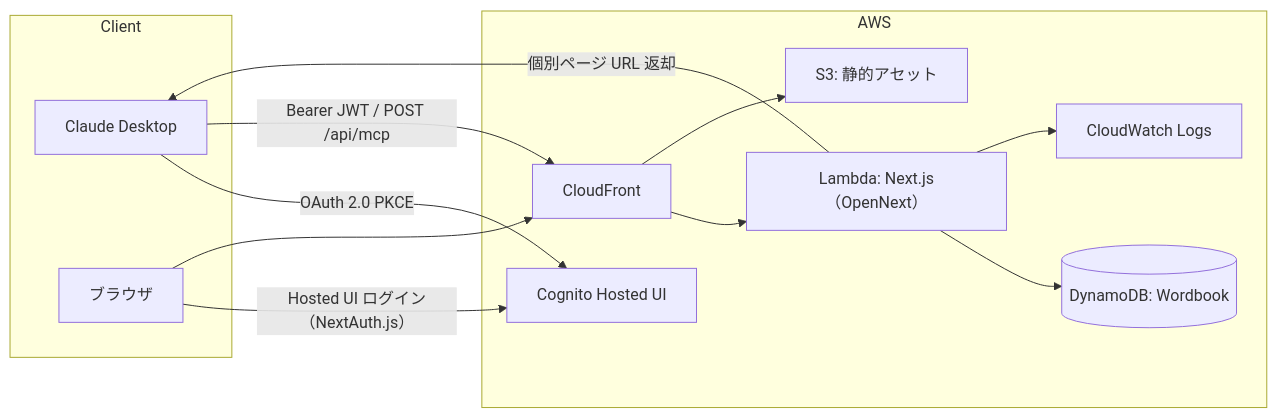
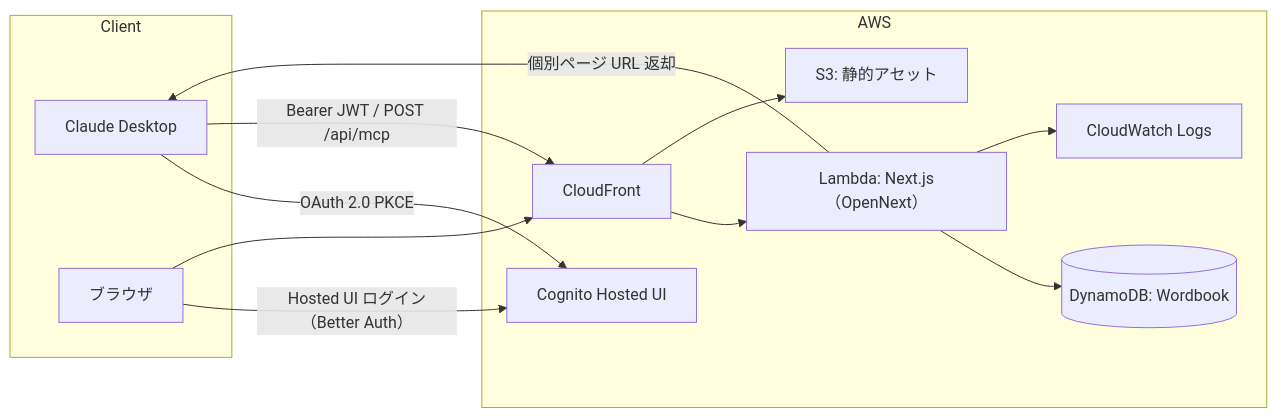
Before and after one commit to ANTON072/AI-Wordbook: the first of 5 diagrams in docs/002_functional-design.md, drawn with Mermaid. The commit also changed other lines of this file and 2 other files, not shown here.

````diff
--- a/docs/002_functional-design.md
+++ b/docs/002_functional-design.md
@@ -17,22 +17,22 @@
 ```mermaid
 graph LR
   subgraph Client
     CD[Claude Desktop]
     BR[ブラウザ]
   end
   subgraph AWS
     CF[CloudFront]
     NEXT[Lambda: Next.js（OpenNext）]
     S3[S3: 静的アセット]
     COG[Cognito Hosted UI]
     DDB[(DynamoDB: Wordbook)]
     CW[CloudWatch Logs]
   end
   CD -->|OAuth 2.0 PKCE| COG
   CD -->|Bearer JWT / POST /api/mcp| CF --> NEXT --> DDB
   NEXT -->|個別ページ URL 返却| CD
-  BR -->|Hosted UI ログイン（NextAuth.js）| COG
+  BR -->|Hosted UI ログイン（Better Auth）| COG
   BR --> CF
   CF --> S3
   NEXT --> CW
 ```
````
